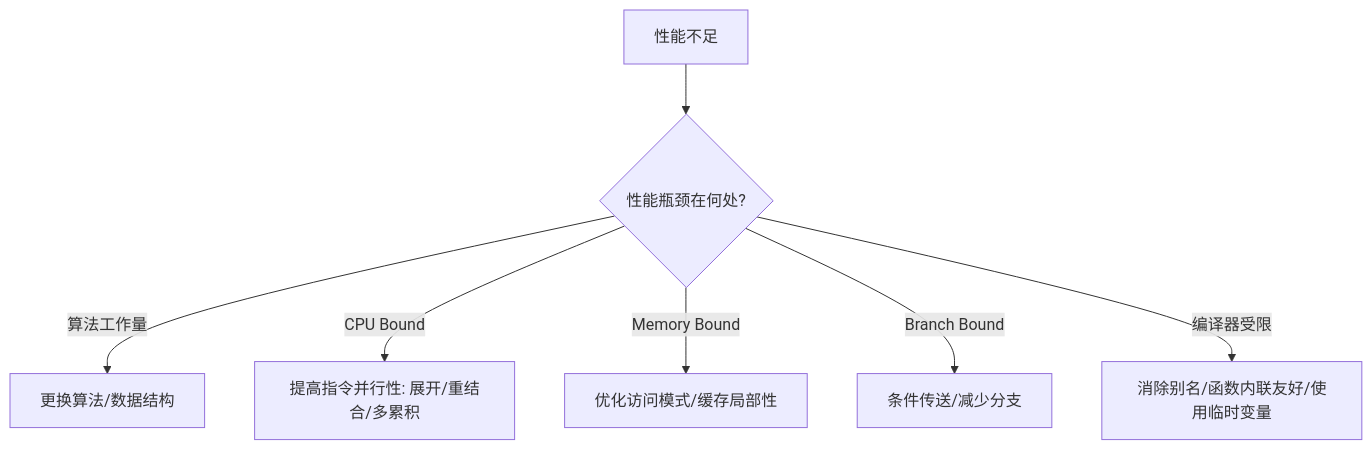
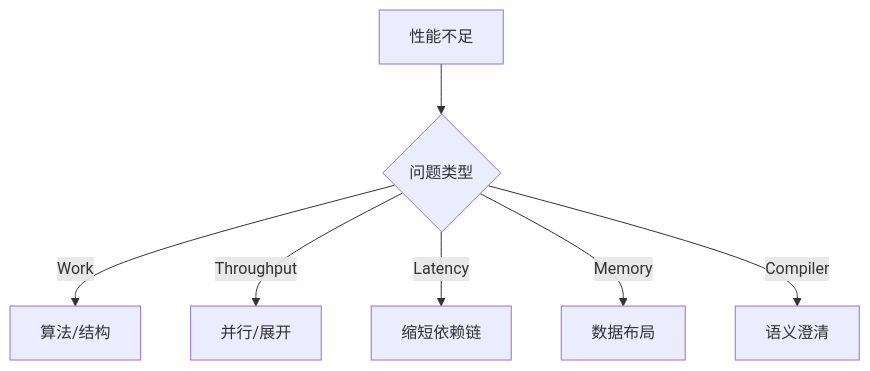
The second of 2 diagrams in doc/计算机系统/程序结构和执行/优化程序性能.md (0xcaffebabe/note), drawn with Mermaid before and after one commit. The commit also changed other lines of this file, not shown here.

````diff
--- a/doc/计算机系统/程序结构和执行/优化程序性能.md
+++ b/doc/计算机系统/程序结构和执行/优化程序性能.md
@@ -236,9 +192,9 @@
 ```mermaid
 flowchart TD
-A[性能不足] --> B{性能瓶颈在何处?}
-B -->|算法工作量| C[更换算法/数据结构]
-B -->|CPU Bound| D[提高指令并行性: 展开/重结合/多累积]
-B -->|Memory Bound| E[优化访问模式/缓存局部性]
-B -->|Branch Bound| F[条件传送/减少分支]
-B -->|编译器受限| G[消除别名/函数内联友好/使用临时变量]
+A[性能不足] --> B{问题类型}
+B -->|Work| C[算法/结构]
+B -->|Throughput| D[并行/展开]
+B -->|Latency| E[缩短依赖链]
+B -->|Memory| F[数据布局]
+B -->|Compiler| G[语义澄清]
 ```
````
